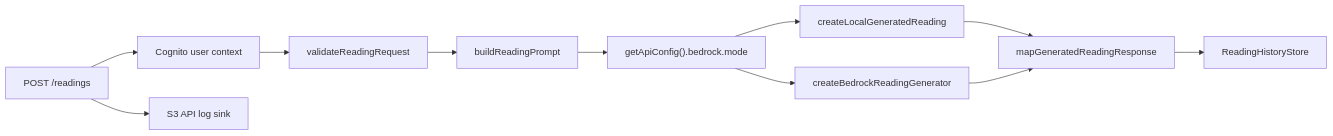
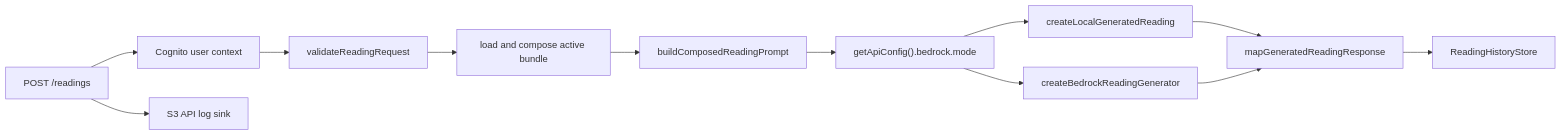
The first of 2 diagrams in .agents/bedrock-rag-api-reference.md (ava-collins/simple-tarot), drawn with Mermaid before and after one commit. The commit also changed other lines of this file and 15 other files, not shown here.

````diff
--- a/.agents/bedrock-rag-api-reference.md
+++ b/.agents/bedrock-rag-api-reference.md
@@ -60,24 +63,26 @@
 ```mermaid
 flowchart LR
     Req["POST /readings"]
     Auth["Cognito user context"]
     Validate["validateReadingRequest"]
-    Prompt["buildReadingPrompt"]
+    Composer["load and compose active bundle"]
+    Prompt["buildComposedReadingPrompt"]
     Mode["getApiConfig().bedrock.mode"]
     Local["createLocalGeneratedReading"]
     Bedrock["createBedrockReadingGenerator"]
     Map["mapGeneratedReadingResponse"]
     Store["ReadingHistoryStore"]
     Logs["S3 API log sink"]
 
     Req --> Auth
     Auth --> Validate
-    Validate --> Prompt
+    Validate --> Composer
+    Composer --> Prompt
     Prompt --> Mode
     Mode --> Local
     Mode --> Bedrock
     Local --> Map
     Bedrock --> Map
     Map --> Store
     Req --> Logs
 ```
````
